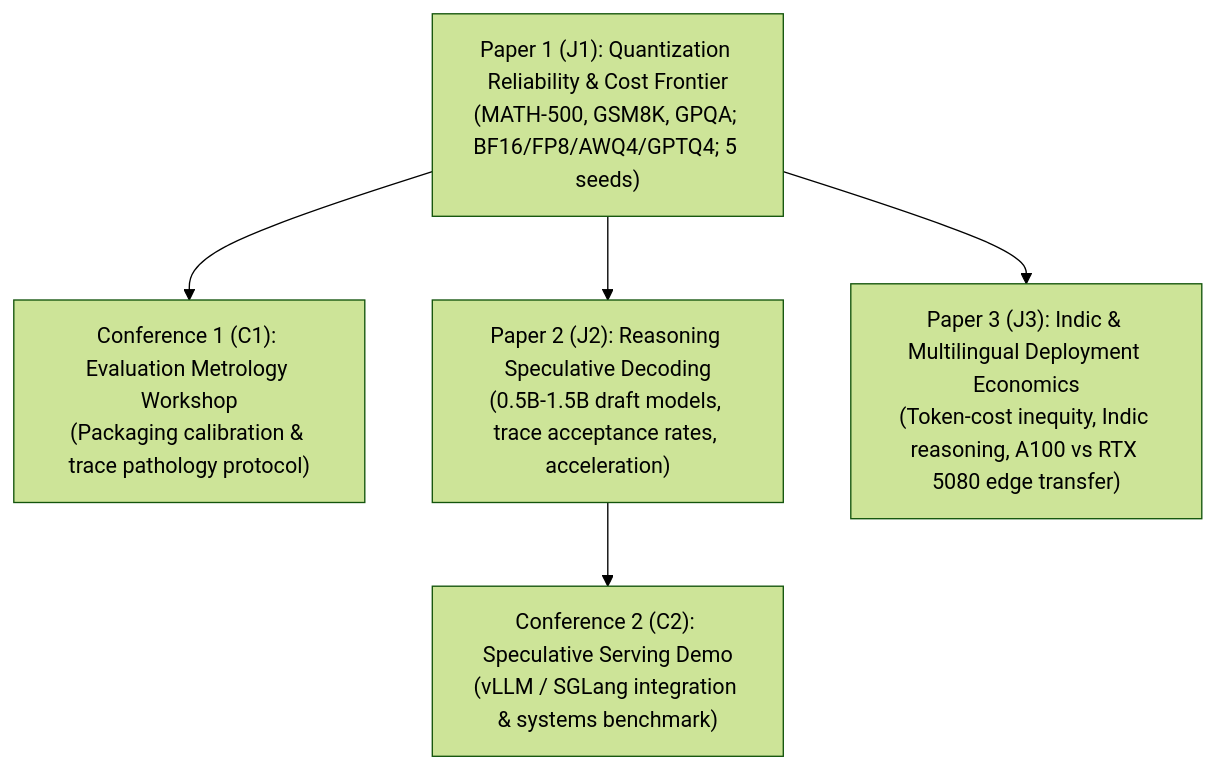
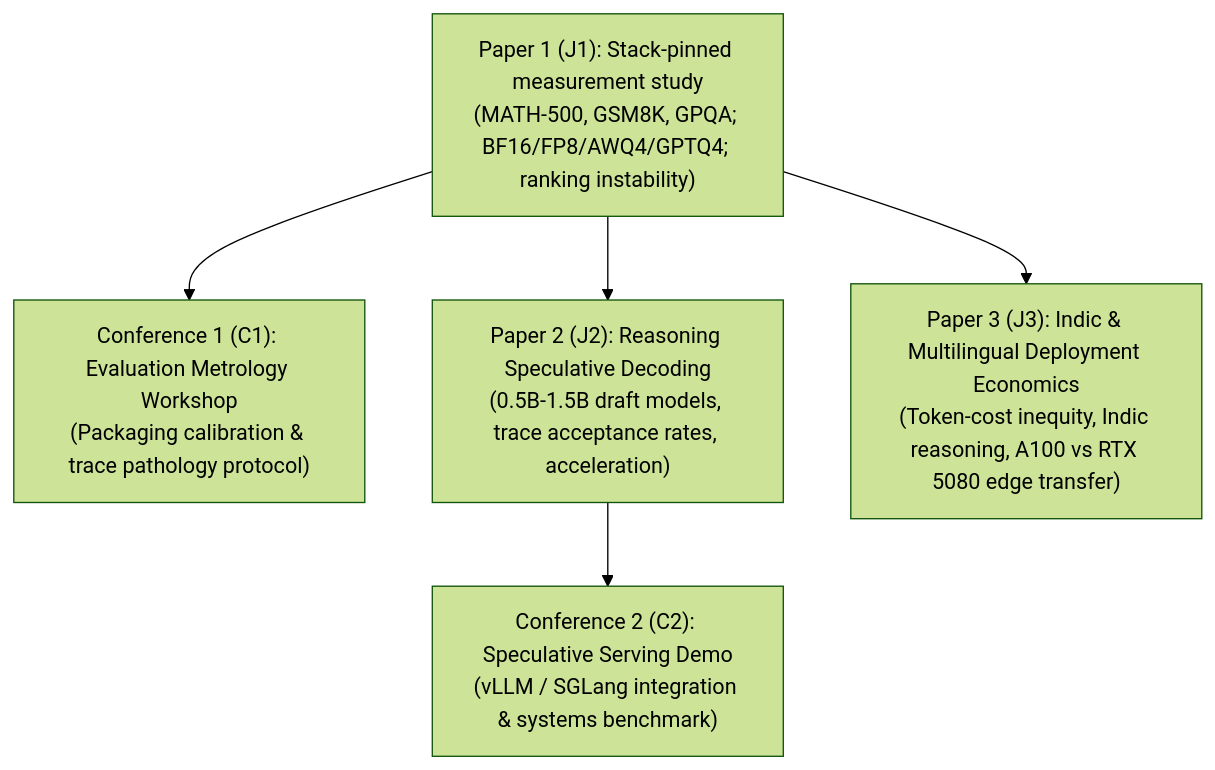
The first of 2 diagrams in AGENTS.md (Manish06N/reasoning-compression-lab), drawn with Mermaid (forest theme) before and after one commit. The commit also changed other lines of this file and 82 other files, not shown here.

First line of the commit message:
Prepare the frozen campaign as a stack-pinned measurement study.

````diff
--- a/AGENTS.md
+++ b/AGENTS.md
@@ -24,7 +24,7 @@
 ```mermaid
 graph TD
-    J1["Paper 1 (J1): Quantization Reliability & Cost Frontier\n(MATH-500, GSM8K, GPQA; BF16/FP8/AWQ4/GPTQ4; 5 seeds)"] --> C1["Conference 1 (C1): Evaluation Metrology Workshop\n(Packaging calibration & trace pathology protocol)"]
+    J1["Paper 1 (J1): Stack-pinned measurement study\n(MATH-500, GSM8K, GPQA; BF16/FP8/AWQ4/GPTQ4; ranking instability)"] --> C1["Conference 1 (C1): Evaluation Metrology Workshop\n(Packaging calibration & trace pathology protocol)"]
     J1 --> J2["Paper 2 (J2): Reasoning Speculative Decoding\n(0.5B-1.5B draft models, trace acceptance rates, acceleration)"]
     J2 --> C2["Conference 2 (C2): Speculative Serving Demo\n(vLLM / SGLang integration & systems benchmark)"]
     J1 --> J3["Paper 3 (J3): Indic & Multilingual Deployment Economics\n(Token-cost inequity, Indic reasoning, A100 vs RTX 5080 edge transfer)"]
 ```
````
